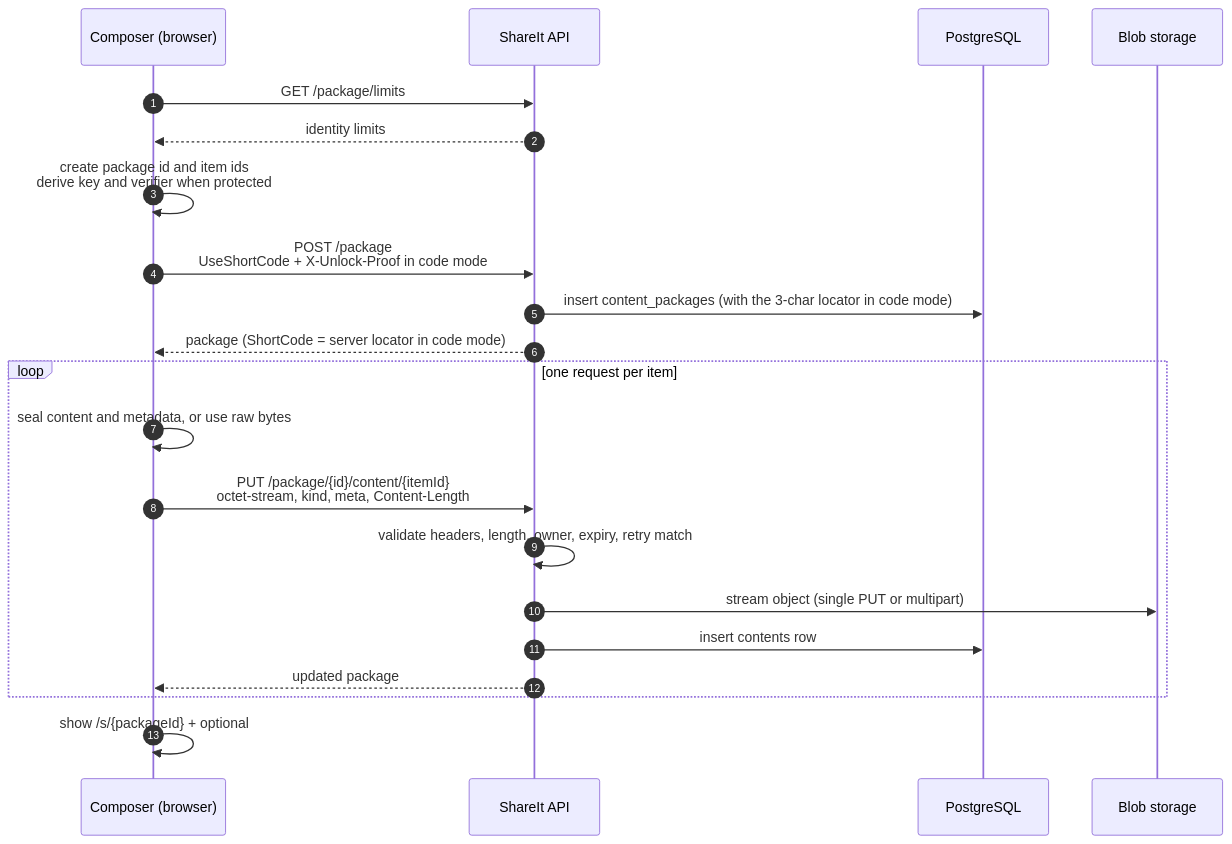
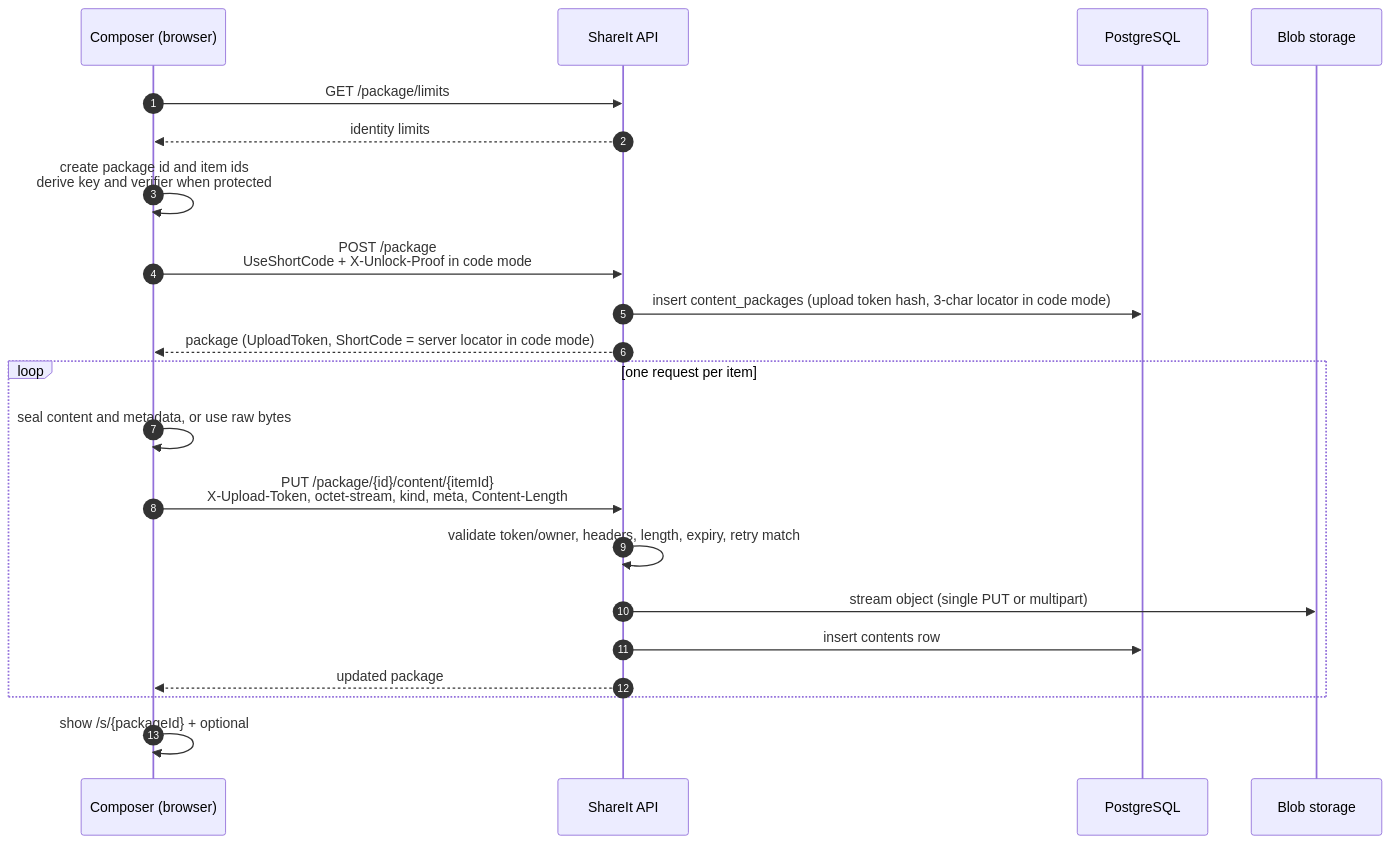
Before and after one commit to GrafZ3pp3lin/ShareIt: the first of 4 diagrams in docs/upload-download.md, drawn with Mermaid. The commit also changed other lines of this file and 63 other files, not shown here.

````diff
--- a/docs/upload-download.md
+++ b/docs/upload-download.md
@@ -182,24 +214,24 @@
 ```mermaid
 sequenceDiagram
     autonumber
     participant B as Composer (browser)
     participant API as ShareIt API
     participant DB as PostgreSQL
     participant S3 as Blob storage
 
     B->>API: GET /package/limits
     API-->>B: identity limits
     B->>B: create package id and item ids<br/>derive key and verifier when protected
     B->>API: POST /package<br/>UseShortCode + X-Unlock-Proof in code mode
-    API->>DB: insert content_packages (with the 3-char locator in code mode)
-    API-->>B: package (ShortCode = server locator in code mode)
+    API->>DB: insert content_packages (upload token hash, 3-char locator in code mode)
+    API-->>B: package (UploadToken, ShortCode = server locator in code mode)
     loop one request per item
         B->>B: seal content and metadata, or use raw bytes
-        B->>API: PUT /package/{id}/content/{itemId}<br/>octet-stream, kind, meta, Content-Length
-        API->>API: validate headers, length, owner, expiry, retry match
+        B->>API: PUT /package/{id}/content/{itemId}<br/>X-Upload-Token, octet-stream, kind, meta, Content-Length
+        API->>API: validate token/owner, headers, length, expiry, retry match
         API->>S3: stream object (single PUT or multipart)
         API->>DB: insert contents row
         API-->>B: updated package
     end
     B->>B: show /s/{packageId} + optional #s=passphrase<br/>or the combined ABC-234 code
 ```
````
